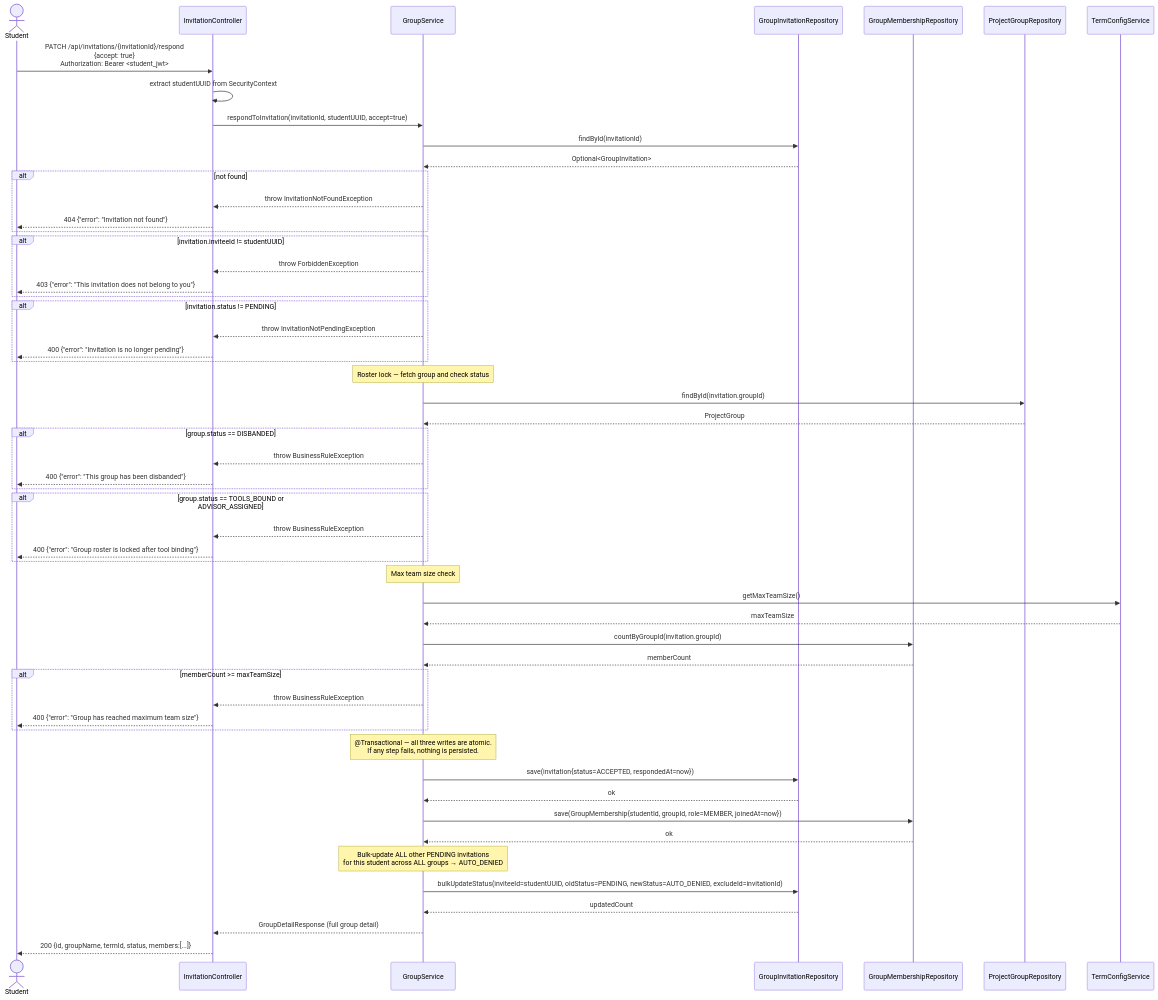
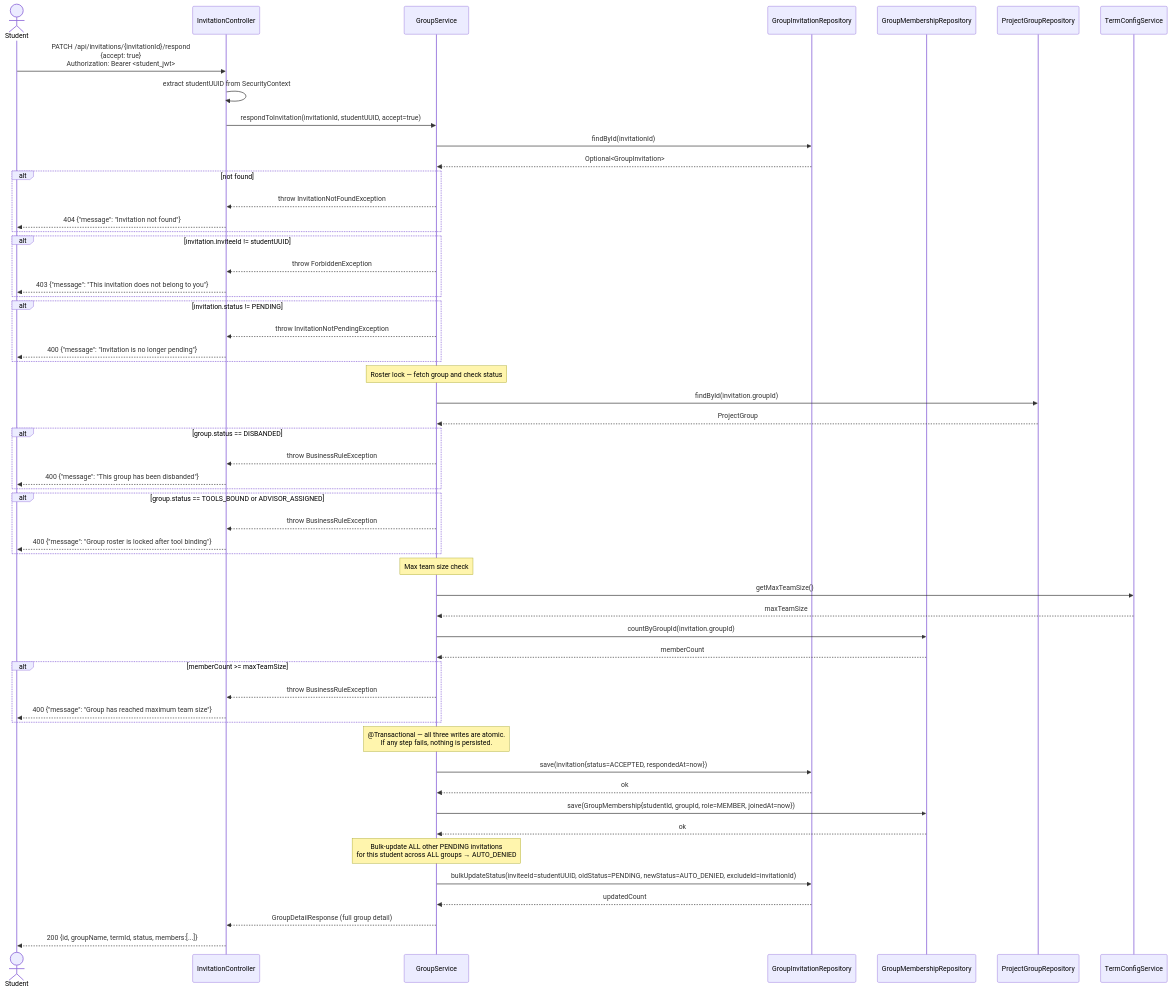
The third of 3 diagrams in docs/process2/sequences/2.3_invitation_respond_p2.md (SE3318-Spring-2025-2026/senior-app-6), drawn with Mermaid before and after one commit. The commit also changed other lines of this file and 27 other files, not shown here.

````diff
--- a/docs/process2/sequences/2.3_invitation_respond_p2.md
+++ b/docs/process2/sequences/2.3_invitation_respond_p2.md
@@ -79,71 +79,71 @@
 ```mermaid
 sequenceDiagram
     actor Student
     participant InvitationController
     participant GroupService
     participant GroupInvitationRepository
     participant GroupMembershipRepository
 
     Student->>InvitationController: PATCH /api/invitations/{invitationId}/respond<br/>{accept: true}<br/>Authorization: Bearer <student_jwt>
 
     InvitationController->>InvitationController: extract studentUUID from SecurityContext
     InvitationController->>GroupService: respondToInvitation(invitationId, studentUUID, accept=true)
 
     GroupService->>GroupInvitationRepository: findById(invitationId)
     GroupInvitationRepository-->>GroupService: Optional<GroupInvitation>
 
     alt not found
         GroupService-->>InvitationController: throw InvitationNotFoundException
-        InvitationController-->>Student: 404 {"error": "Invitation not found"}
+        InvitationController-->>Student: 404 {"message": "Invitation not found"}
     end
 
     alt invitation.inviteeId != studentUUID
         GroupService-->>InvitationController: throw ForbiddenException
-        InvitationController-->>Student: 403 {"error": "This invitation does not belong to you"}
+        InvitationController-->>Student: 403 {"message": "This invitation does not belong to you"}
     end
 
     alt invitation.status != PENDING
         GroupService-->>InvitationController: throw InvitationNotPendingException
-        InvitationController-->>Student: 400 {"error": "Invitation is no longer pending"}
+        InvitationController-->>Student: 400 {"message": "Invitation is no longer pending"}
     end
 
     Note over GroupService: Roster lock — fetch group and check status
     GroupService->>ProjectGroupRepository: findById(invitation.groupId)
     ProjectGroupRepository-->>GroupService: ProjectGroup
 
     alt group.status == DISBANDED
         GroupService-->>InvitationController: throw BusinessRuleException
-        InvitationController-->>Student: 400 {"error": "This group has been disbanded"}
+        InvitationController-->>Student: 400 {"message": "This group has been disbanded"}
     end
 
     alt group.status == TOOLS_BOUND or ADVISOR_ASSIGNED
         GroupService-->>InvitationController: throw BusinessRuleException
-        InvitationController-->>Student: 400 {"error": "Group roster is locked after tool binding"}
+        InvitationController-->>Student: 400 {"message": "Group roster is locked after tool binding"}
     end
 
     Note over GroupService: Max team size check
     GroupService->>TermConfigService: getMaxTeamSize()
     TermConfigService-->>GroupService: maxTeamSize
     GroupService->>GroupMembershipRepository: countByGroupId(invitation.groupId)
     GroupMembershipRepository-->>GroupService: memberCount
 
     alt memberCount >= maxTeamSize
         GroupService-->>InvitationController: throw BusinessRuleException
-        InvitationController-->>Student: 400 {"error": "Group has reached maximum team size"}
+        InvitationController-->>Student: 400 {"message": "Group has reached maximum team size"}
     end
 
     Note over GroupService: @Transactional — all three writes are atomic.<br/>If any step fails, nothing is persisted.
 
     GroupService->>GroupInvitationRepository: save(invitation{status=ACCEPTED, respondedAt=now})
     GroupInvitationRepository-->>GroupService: ok
 
     GroupService->>GroupMembershipRepository: save(GroupMembership{studentId, groupId, role=MEMBER, joinedAt=now})
     GroupMembershipRepository-->>GroupService: ok
 
     Note over GroupService: Bulk-update ALL other PENDING invitations<br/>for this student across ALL groups → AUTO_DENIED
     GroupService->>GroupInvitationRepository: bulkUpdateStatus(inviteeId=studentUUID, oldStatus=PENDING, newStatus=AUTO_DENIED, excludeId=invitationId)
     GroupInvitationRepository-->>GroupService: updatedCount
 
     GroupService-->>InvitationController: GroupDetailResponse (full group detail)
     InvitationController-->>Student: 200 {id, groupName, termId, status, members:[...]}
 ```
````
